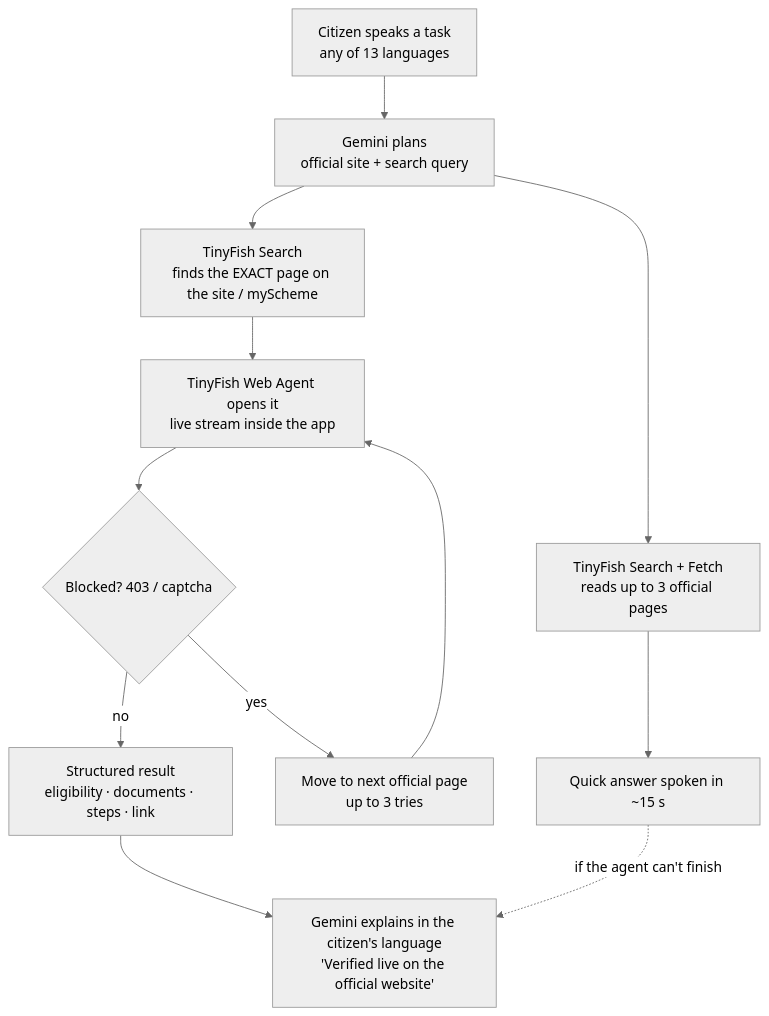
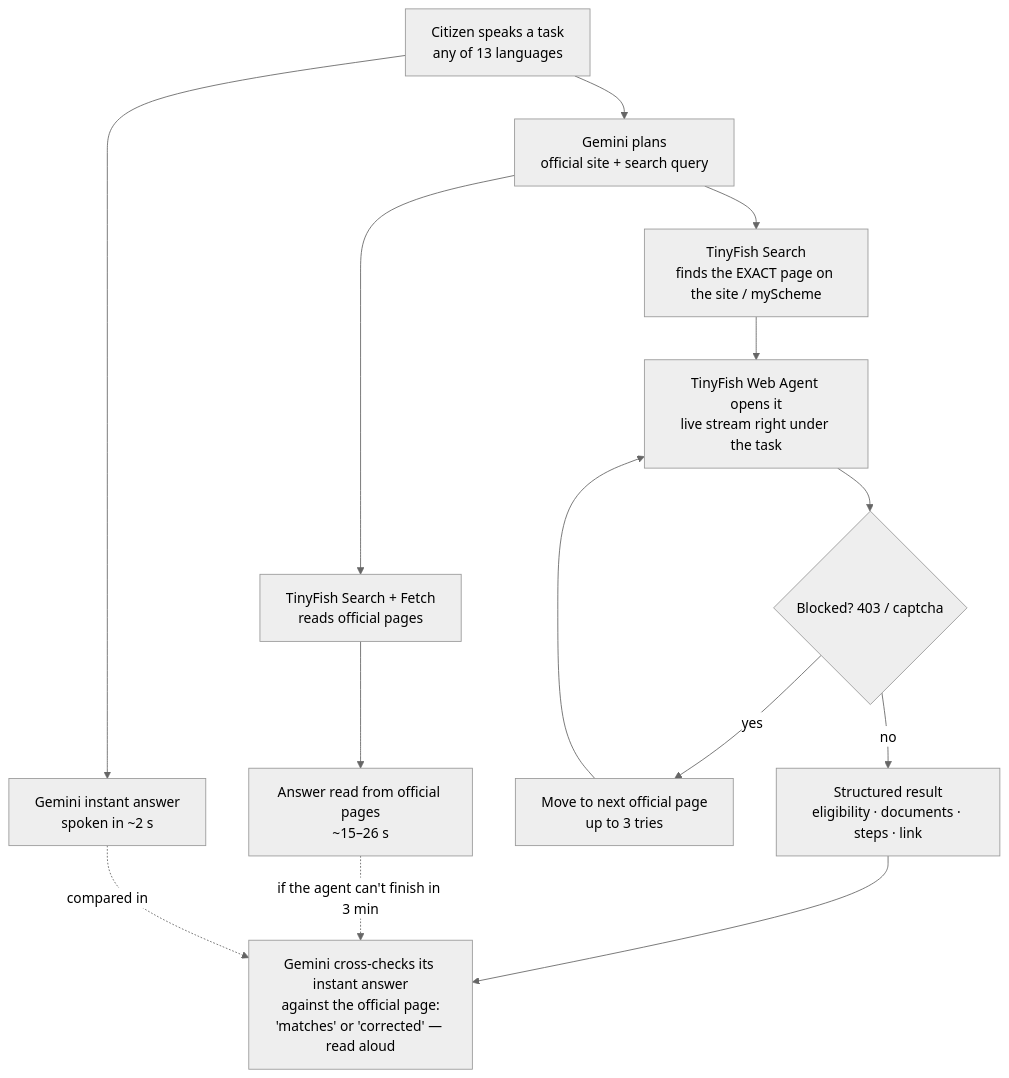
One commit to satvikjain2507-star/Nyaya-Setu changed the second of 2 diagrams in README.md. Above: the diagram before and after it, drawn with Mermaid (neutral theme). The commit also changed other lines of this file and 2 other files, not shown here.

First line of the commit message:
README: new home screenshots (English + Hindi), measured timings, Gemini x TinyFish cross-check flow, live self-test, business model

````diff
--- a/README.md
+++ b/README.md
@@ -75,14 +79,16 @@
 ```mermaid
 flowchart TD
   A[Citizen speaks a task<br/>any of 13 languages] --> B[Gemini plans<br/>official site + search query]
-  B --> C[TinyFish Search + Fetch<br/>reads up to 3 official pages]
+  A --> I0[Gemini instant answer<br/>spoken in ~2 s]
+  B --> C[TinyFish Search + Fetch<br/>reads official pages]
   B --> D[TinyFish Search<br/>finds the EXACT page on the site / myScheme]
-  C --> E[Quick answer spoken in ~15 s]
-  D --> F[TinyFish Web Agent opens it<br/>live stream inside the app]
+  C --> E[Answer read from official pages<br/>~15–26 s]
+  D --> F[TinyFish Web Agent opens it<br/>live stream right under the task]
   F --> G{Blocked? 403 / captcha}
   G -- yes --> H[Move to next official page<br/>up to 3 tries]
   H --> F
   G -- no --> I[Structured result<br/>eligibility · documents · steps · link]
-  I --> J[Gemini explains in the citizen's language<br/>'Verified live on the official website']
-  E -.if the agent can't finish.-> J
+  I --> J[Gemini cross-checks its instant answer<br/>against the official page:<br/>'matches' or 'corrected' — read aloud]
+  E -.if the agent can't finish in 3 min.-> J
+  I0 -.compared in.-> J
 ```
````
